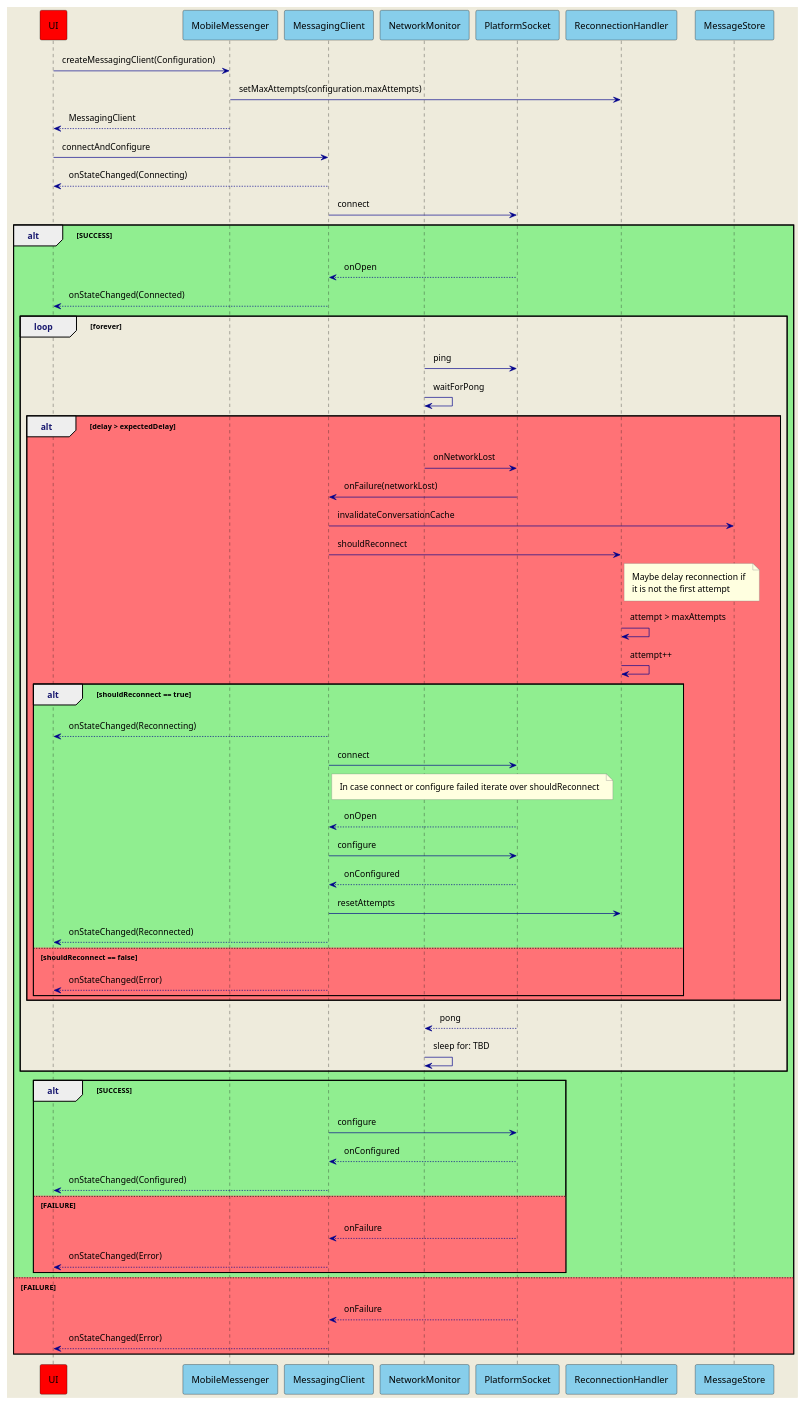
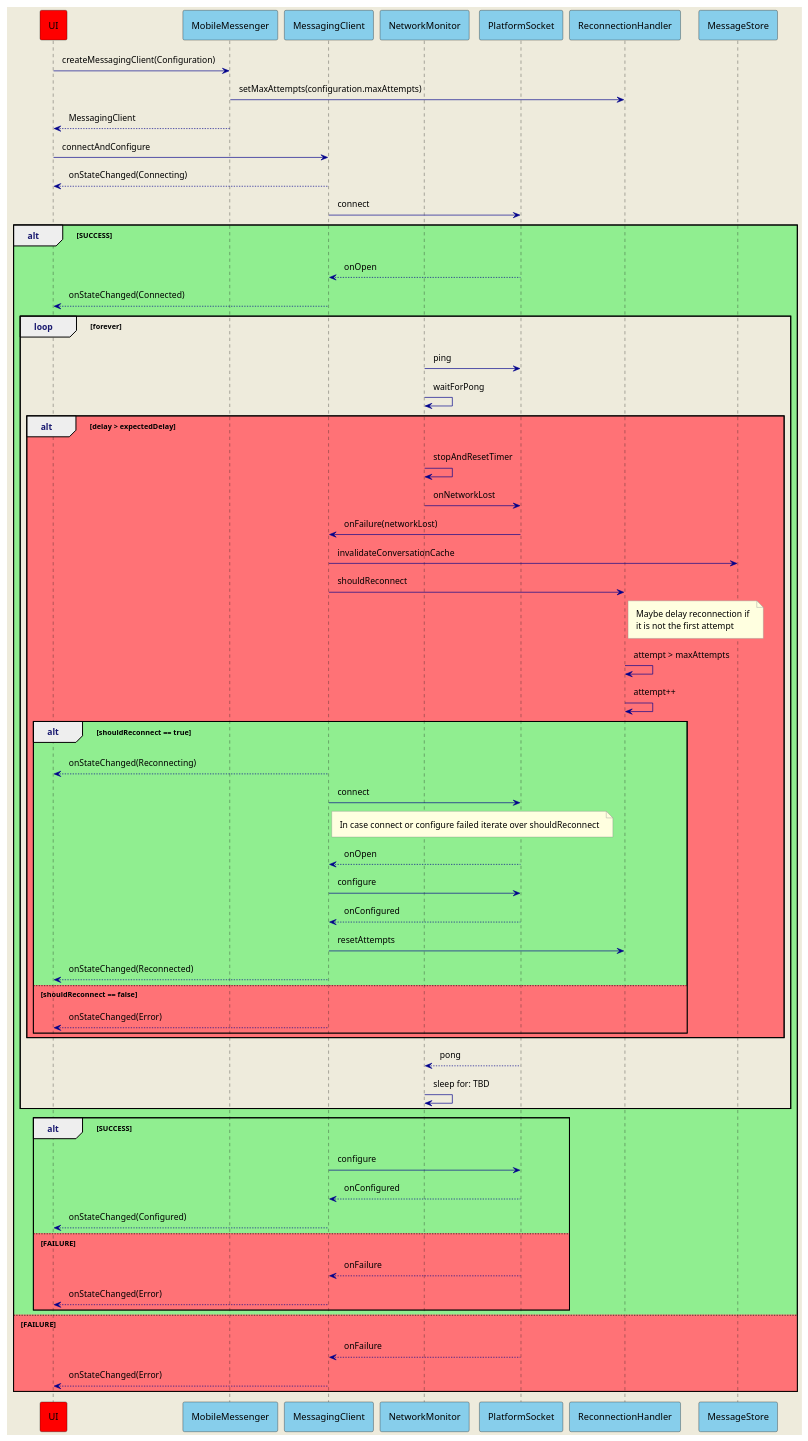
The diagram in transport/Reconnection.puml (manoj8680/manoj8680), drawn with PlantUML before and after one commit. The commit also changed 1 other file, not shown here.

Commit message:
draw sequence diagram of reconnection flow

```diff
--- a/transport/Reconnection.puml
+++ b/transport/Reconnection.puml
@@ -1,75 +1,76 @@
 @startuml
 
 skinparam {
         ArrowColor darkBlue
         backgroundColor #EEEBDC
         NoteBackgroundColor #lightyellow
         NoteBorderColor gray
         sequenceGroupHeaderFontColor midnightblue
         padding 6
 }
 
 participant UI #red
 participant MobileMessenger #skyBlue
 participant MessagingClient #skyBlue
 participant NetworkMonitor #skyBlue
 participant PlatformSocket #skyBlue
 participant ReconnectionHandler #skyBlue
 participant MessageStore #skyBlue
 
 UI -> MobileMessenger: createMessagingClient(Configuration)
 MobileMessenger -> ReconnectionHandler: setMaxAttempts(configuration.maxAttempts)
 MobileMessenger --> UI: MessagingClient
 UI -> MessagingClient: connectAndConfigure
 MessagingClient --> UI: onStateChanged(Connecting)
 MessagingClient -> PlatformSocket: connect
 
 
 alt #lightgreen SUCCESS
     PlatformSocket --> MessagingClient: onOpen
     MessagingClient --> UI: onStateChanged(Connected)
     loop #EEEBDC forever
     NetworkMonitor -> PlatformSocket: ping
     NetworkMonitor -> NetworkMonitor: waitForPong
         alt #FF7276 delay > expectedDelay
+            NetworkMonitor -> NetworkMonitor: stopAndResetTimer
             NetworkMonitor -> PlatformSocket: onNetworkLost
             PlatformSocket -> MessagingClient: onFailure(networkLost)
             MessagingClient -> MessageStore: invalidateConversationCache
             MessagingClient -> ReconnectionHandler: shouldReconnect
             note right ReconnectionHandler
                 Maybe delay reconnection if
                 it is not the first attempt
             end note
             ReconnectionHandler -> ReconnectionHandler: attempt > maxAttempts
             ReconnectionHandler -> ReconnectionHandler: attempt++
             alt #lightgreen shouldReconnect == true
                 MessagingClient --> UI: onStateChanged(Reconnecting)
                 MessagingClient -> PlatformSocket: connect
                 note right MessagingClient
                                 In case connect or configure failed iterate over shouldReconnect
                             end note
                 PlatformSocket --> MessagingClient: onOpen
                 MessagingClient -> PlatformSocket: configure
                 PlatformSocket --> MessagingClient: onConfigured
                 MessagingClient -> ReconnectionHandler: resetAttempts
                 MessagingClient --> UI: onStateChanged(Reconnected)
             else #FF7276 shouldReconnect == false
                 MessagingClient --> UI: onStateChanged(Error)
             end
         end
     PlatformSocket --> NetworkMonitor: pong
     NetworkMonitor -> NetworkMonitor: sleep for: TBD
     end
 alt SUCCESS
     MessagingClient -> PlatformSocket: configure
     PlatformSocket --> MessagingClient: onConfigured
     MessagingClient --> UI: onStateChanged(Configured)
 else #FF7276 FAILURE
     PlatformSocket --> MessagingClient: onFailure
     MessagingClient --> UI: onStateChanged(Error)
 end
 else #FF7276 FAILURE
     PlatformSocket --> MessagingClient: onFailure
     MessagingClient --> UI: onStateChanged(Error)
 end
 @enduml
```
